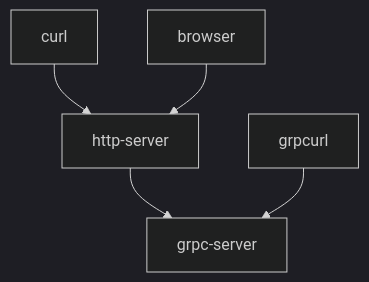
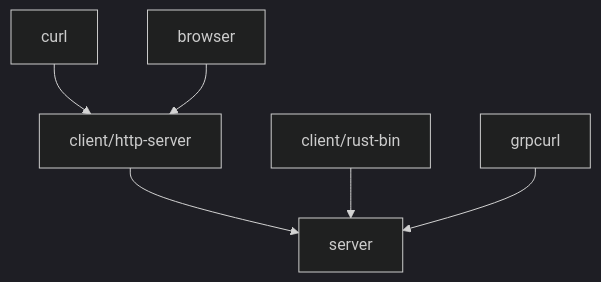
One commit to k-tokitoh/my-first-actix-web changed the diagram in README.md. Above: the diagram before and after it, drawn with Mermaid (dark theme).

````diff
--- a/README.md
+++ b/README.md
@@ -1,7 +1,8 @@
 ```mermaid
 graph TD;
-    curl-->http-server;
-    browser-->http-server;
-    http-server-->grpc-server;
-    grpcurl-->grpc-server;
+    curl-->client/http-server;
+    browser-->client/http-server;
+    client/http-server-->server;
+    client/rust-bin-->server;
+    grpcurl-->server;
 ```
````
